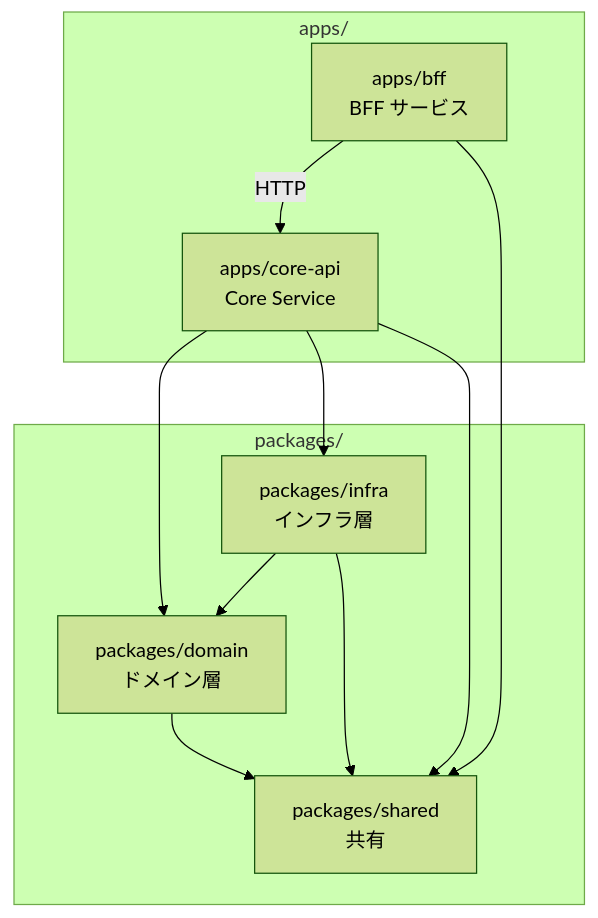
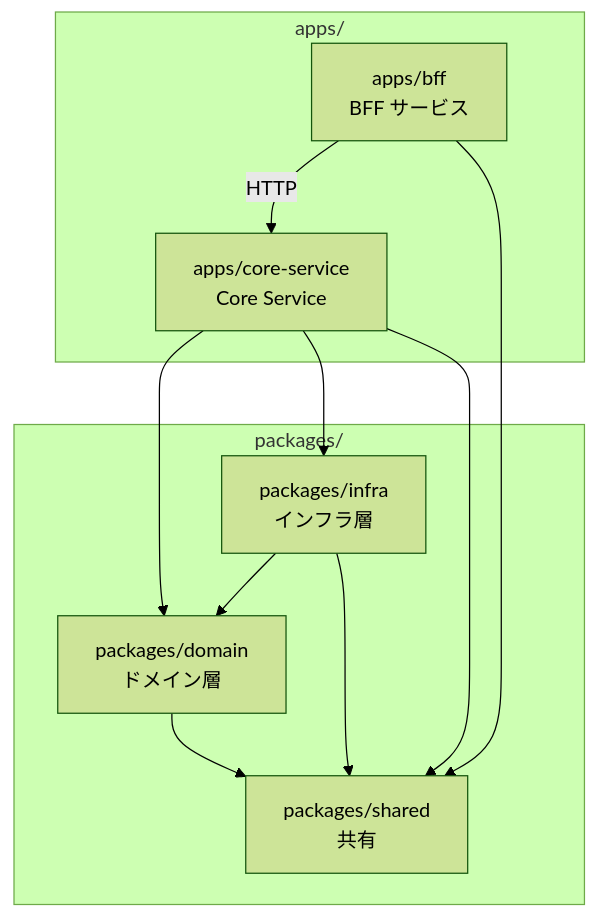
Before and after one commit to ka2kama/ringiflow: the first of 4 diagrams in docs/06_技術ノート/Cargoワークスペース.md, drawn with Mermaid (forest theme). The commit also changed other lines of this file and 12 other files, not shown here.

First line of the commit message:
docs: ドキュメント内の core-api → core-service を修正

````diff
--- a/docs/06_技術ノート/Cargoワークスペース.md
+++ b/docs/06_技術ノート/Cargoワークスペース.md
@@ -62,25 +62,25 @@
 ```mermaid
 graph TB
     subgraph "apps/"
         BFF["apps/bff<br/>BFF サービス"]
-        CoreService["apps/core-api<br/>Core Service"]
+        CoreService["apps/core-service<br/>Core Service"]
     end
 
     subgraph "packages/"
         Domain["packages/domain<br/>ドメイン層"]
         Infra["packages/infra<br/>インフラ層"]
         Shared["packages/shared<br/>共有"]
     end
 
     BFF -->|HTTP| CoreService
     BFF --> Shared
 
     CoreService --> Domain
     CoreService --> Infra
     CoreService --> Shared
 
     Infra --> Domain
     Infra --> Shared
 
     Domain --> Shared
 ```
````
